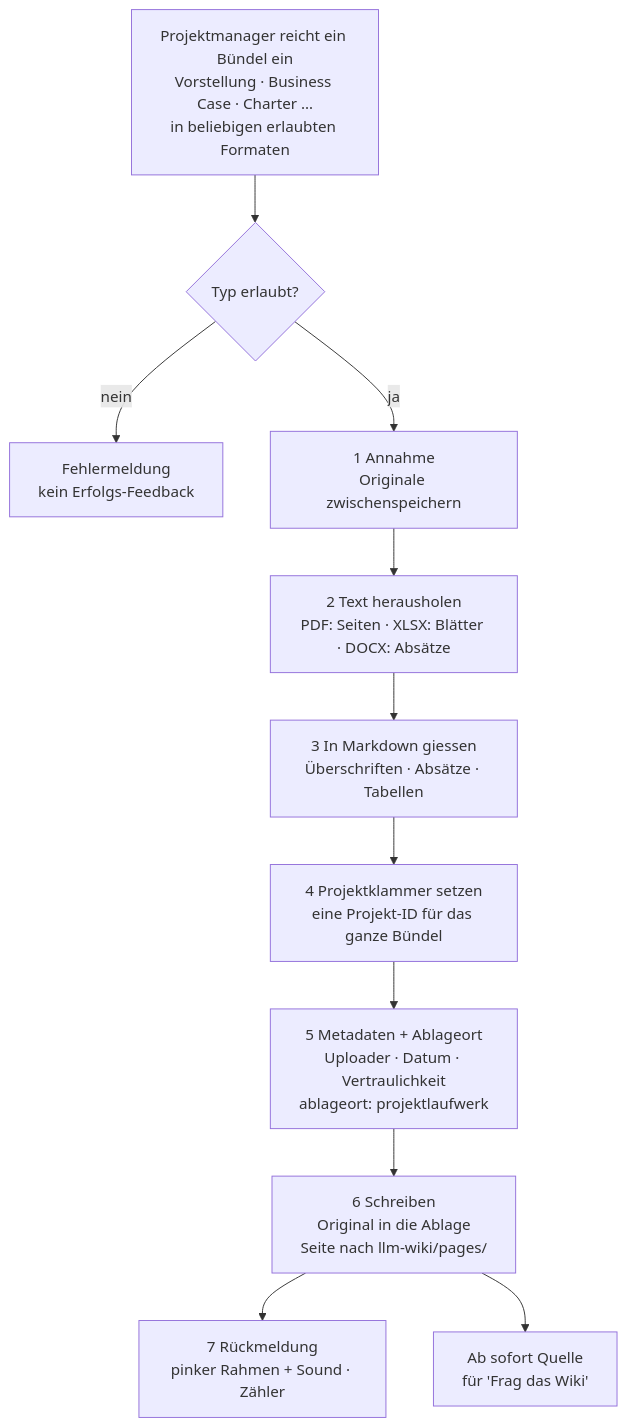
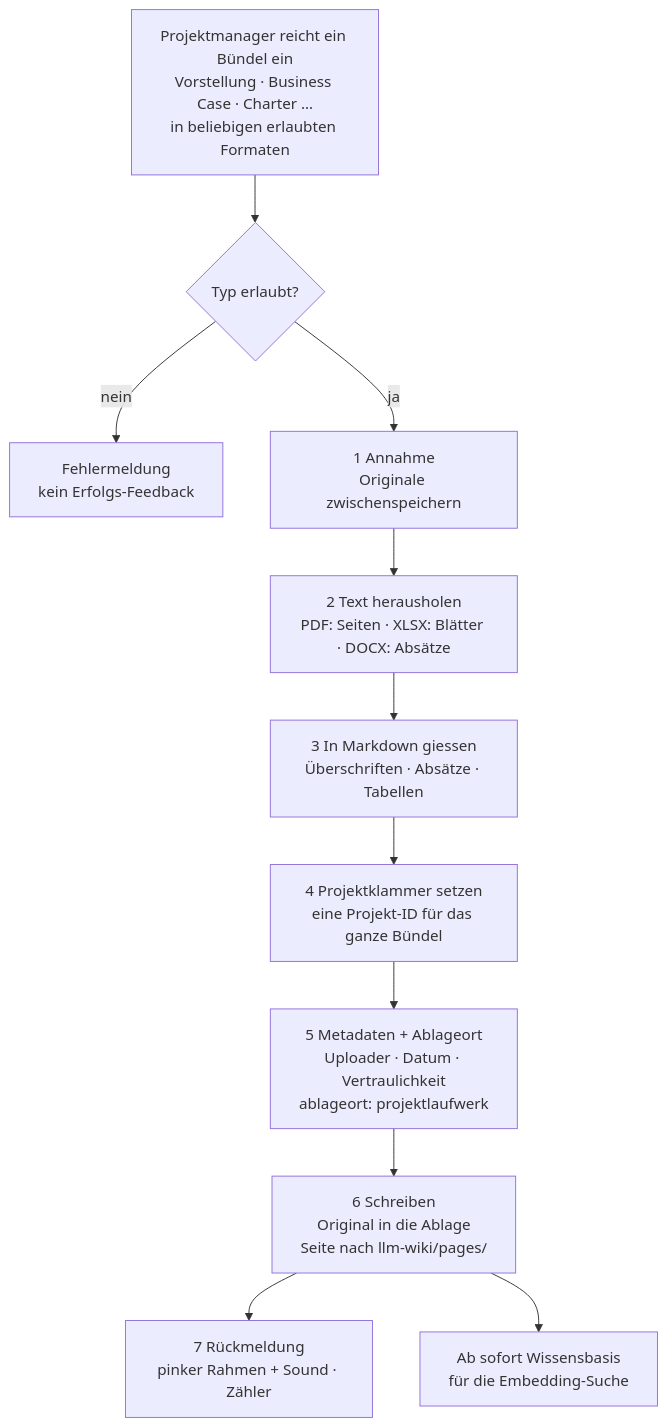
One commit to florianze6666/MediaparkBrain changed the diagram in docs/FUNKTIONSWEISE.md. Above: the diagram before and after it, drawn with Mermaid. The commit also changed other lines of this file and 196 other files, not shown here.

````diff
--- a/docs/FUNKTIONSWEISE.md
+++ b/docs/FUNKTIONSWEISE.md
@@ -121,13 +121,13 @@
 ```mermaid
 flowchart TD
     A["Projektmanager reicht ein Bündel ein<br/>Vorstellung · Business Case · Charter …<br/>in beliebigen erlaubten Formaten"] --> B{"Typ erlaubt?"}
     B -- nein --> B1["Fehlermeldung<br/>kein Erfolgs-Feedback"]
     B -- ja --> C["1 Annahme<br/>Originale zwischenspeichern"]
     C --> D["2 Text herausholen<br/>PDF: Seiten · XLSX: Blätter · DOCX: Absätze"]
     D --> E["3 In Markdown giessen<br/>Überschriften · Absätze · Tabellen"]
     E --> F["4 Projektklammer setzen<br/>eine Projekt-ID für das ganze Bündel"]
     F --> G["5 Metadaten + Ablageort<br/>Uploader · Datum · Vertraulichkeit<br/>ablageort: projektlaufwerk"]
     G --> H["6 Schreiben<br/>Original in die Ablage<br/>Seite nach llm-wiki/pages/"]
     H --> I["7 Rückmeldung<br/>pinker Rahmen + Sound · Zähler"]
-    H --> K["Ab sofort Quelle<br/>für 'Frag das Wiki'"]
+    H --> K["Ab sofort Wissensbasis<br/>für die Embedding-Suche"]
 ```
````
